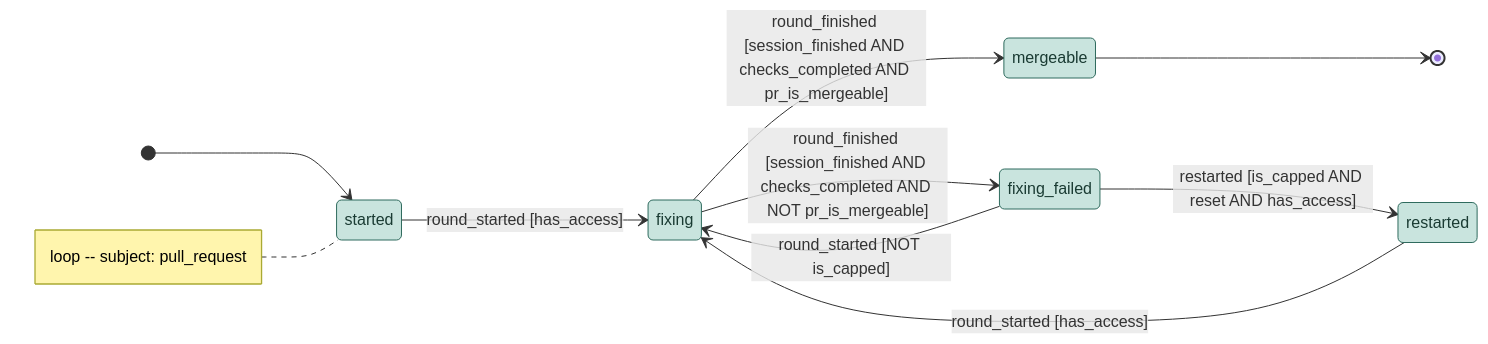
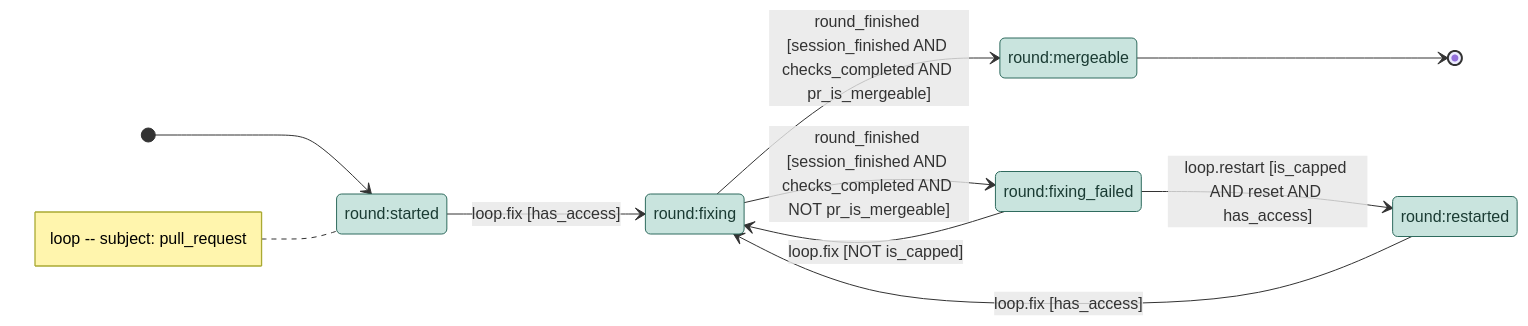
The diagram in .github/conveyor-model/mermaid/loop.mmd (kostiantyn-matsebora/agent-ops-operator), drawn with Mermaid before and after one commit. The commit also changed 7 other files, not shown here.

```diff
--- a/.github/conveyor-model/mermaid/loop.mmd
+++ b/.github/conveyor-model/mermaid/loop.mmd
@@ -1,21 +1,21 @@
 stateDiagram-v2
     direction LR
-    [*] --> started
-    note left of started
+    [*] --> round_started
+    note left of round_started
         loop  --  subject: pull_request
     end note
     classDef stationState fill:#e8d5b5,stroke:#8a6d3b,color:#4a3b1f
     classDef loopState fill:#c9e4de,stroke:#2f6b5e,color:#1a3b33
-    state started
-    state fixing
-    state mergeable
-    state fixing_failed
-    state restarted
-    started --> fixing : round_started [has_access]
-    fixing --> mergeable : round_finished [session_finished AND checks_completed AND pr_is_mergeable]
-    fixing --> fixing_failed : round_finished [session_finished AND checks_completed AND NOT pr_is_mergeable]
-    fixing_failed --> fixing : round_started [NOT is_capped]
-    fixing_failed --> restarted : restarted [is_capped AND reset AND has_access]
-    restarted --> fixing : round_started [has_access]
-    mergeable --> [*]
-    class started, fixing, mergeable, fixing_failed, restarted loopState
+    state "round:started" as round_started
+    state "round:fixing" as round_fixing
+    state "round:mergeable" as round_mergeable
+    state "round:fixing_failed" as round_fixing_failed
+    state "round:restarted" as round_restarted
+    round_started --> round_fixing : loop.fix [has_access]
+    round_fixing --> round_mergeable : round_finished [session_finished AND checks_completed AND pr_is_mergeable]
+    round_fixing --> round_fixing_failed : round_finished [session_finished AND checks_completed AND NOT pr_is_mergeable]
+    round_fixing_failed --> round_fixing : loop.fix [NOT is_capped]
+    round_fixing_failed --> round_restarted : loop.restart [is_capped AND reset AND has_access]
+    round_restarted --> round_fixing : loop.fix [has_access]
+    round_mergeable --> [*]
+    class round_started, round_fixing, round_mergeable, round_fixing_failed, round_restarted loopState
```
